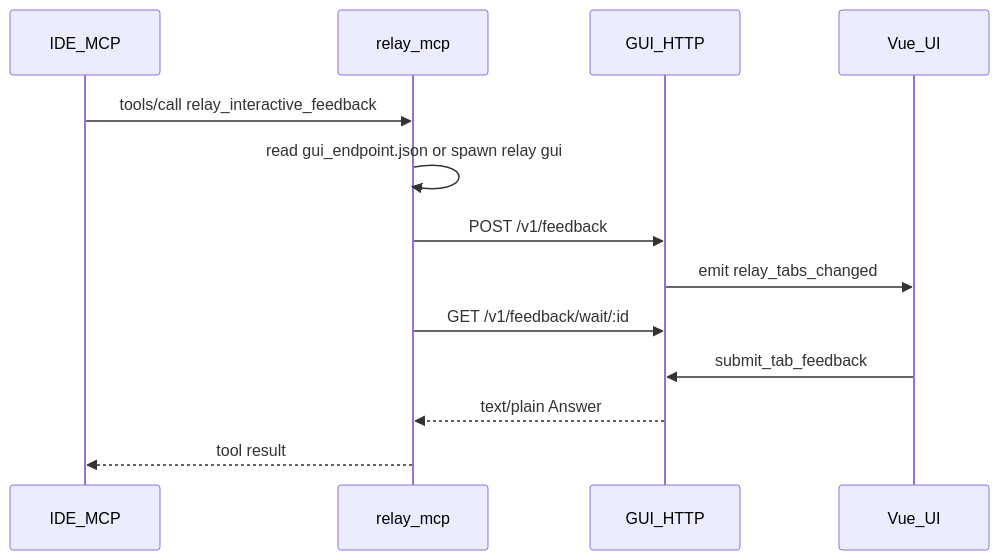
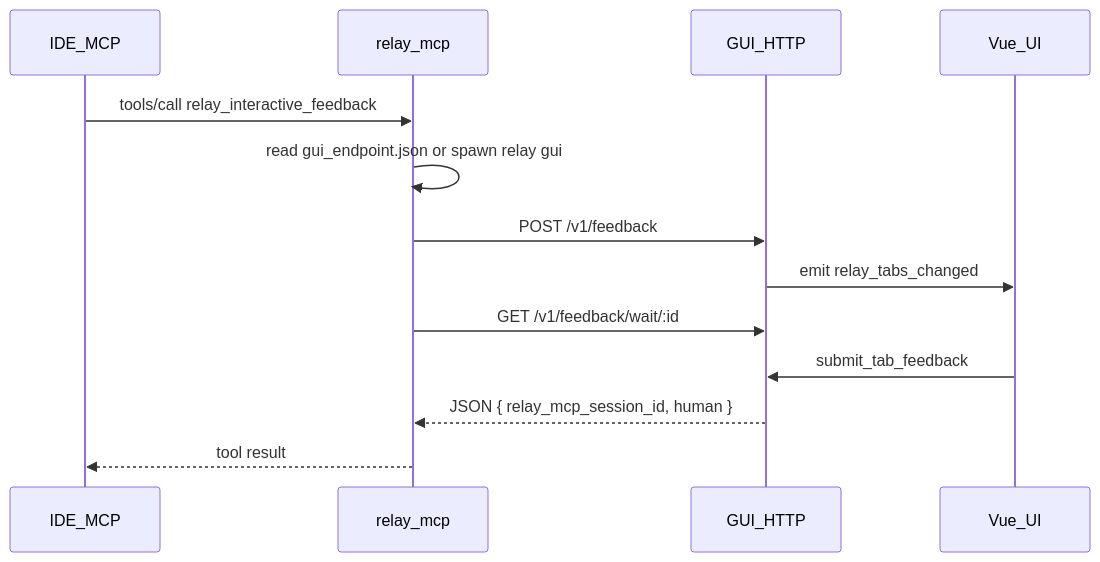
Before and after one commit to andeya/ide-relay-mcp: the diagram in docs/HTTP_IPC.md, drawn with Mermaid. The commit also changed other lines of this file, not shown here.

Commit message:
docs: update HTTP_IPC

````diff
--- a/docs/HTTP_IPC.md
+++ b/docs/HTTP_IPC.md
@@ -5,16 +5,16 @@
 ```mermaid
 sequenceDiagram
     participant IDE as IDE_MCP
     participant Mcp as relay_mcp
     participant Http as GUI_HTTP
     participant UI as Vue_UI
 
     IDE->>Mcp: tools/call relay_interactive_feedback
     Mcp->>Mcp: read gui_endpoint.json or spawn relay gui
     Mcp->>Http: POST /v1/feedback
     Http->>UI: emit relay_tabs_changed
     Mcp->>Http: GET /v1/feedback/wait/:id
     UI->>Http: submit_tab_feedback
-    Http-->>Mcp: text/plain Answer
+    Http-->>Mcp: JSON { relay_mcp_session_id, human }
     Mcp-->>IDE: tool result
 ```
````
